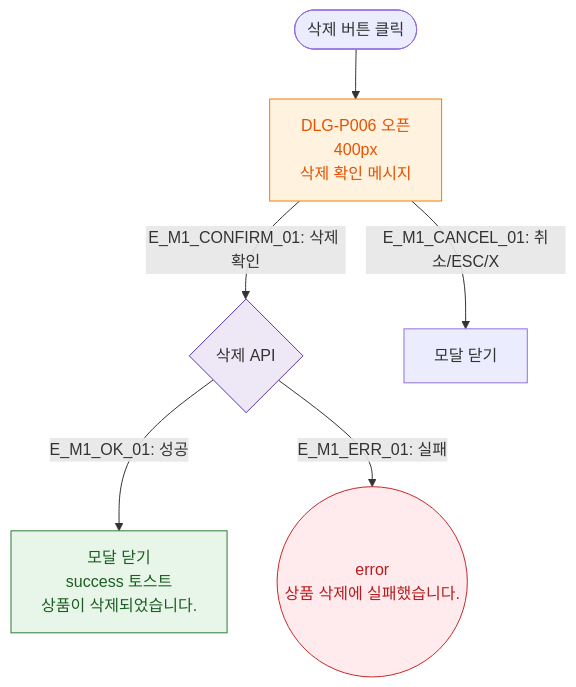
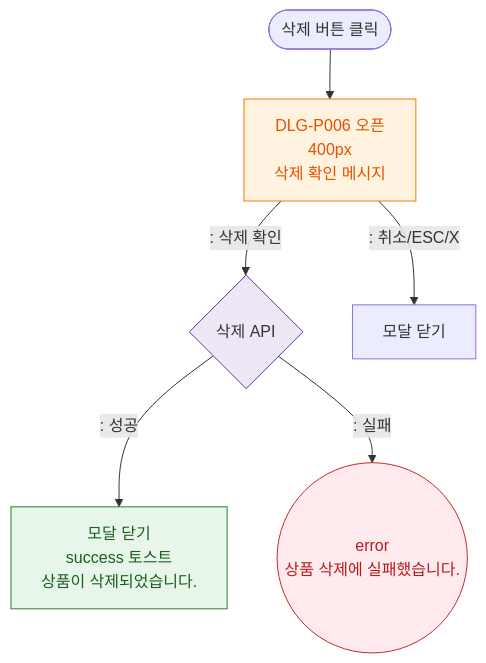
The diagram in docs/다이어그램/D05_상품관리/DLG/DLG-P006_상품삭제확인/M1_모달생명주기.md (dev-spogym/admin-pando), drawn with Mermaid before and after one commit. The commit also changed other lines of this file and 1660 other files, not shown here.

First line of the commit message:
다이어그램: 기획자/클라이언트 납품본으로 정리

````diff
--- a/docs/다이어그램/D05_상품관리/DLG/DLG-P006_상품삭제확인/M1_모달생명주기.md
+++ b/docs/다이어그램/D05_상품관리/DLG/DLG-P006_상품삭제확인/M1_모달생명주기.md
@@ -16,18 +14,18 @@
 ```mermaid
 flowchart TD
     TRIGGER([삭제 버튼 클릭]) --> OpenModal[DLG-P006 오픈\n400px\n삭제 확인 메시지]
-    OpenModal -->|"E_M1_CONFIRM_01: 삭제 확인"| DeleteAPI{삭제 API}
-    OpenModal -->|"E_M1_CANCEL_01: 취소/ESC/X"| Closed[모달 닫기]
+    OpenModal -->|": 삭제 확인"|DeleteAPI{삭제 API}
+    OpenModal -->|": 취소/ESC/X"|Closed[모달 닫기]
 
-    DeleteAPI -->|"E_M1_OK_01: 성공"| CloseSuccess[모달 닫기\nsuccess 토스트\n상품이 삭제되었습니다.]
-    DeleteAPI -->|"E_M1_ERR_01: 실패"| DeleteErr((error\n상품 삭제에 실패했습니다.))
+    DeleteAPI -->|": 성공"|CloseSuccess[모달 닫기\nsuccess 토스트\n상품이 삭제되었습니다.]
+    DeleteAPI -->|": 실패"|DeleteErr((error\n상품 삭제에 실패했습니다.))
 
     classDef modal fill:#FFF3E0,stroke:#F57C00,color:#E65100
     classDef success fill:#E8F5E9,stroke:#2E7D32,color:#1B5E20
     classDef error fill:#FFEBEE,stroke:#C62828,color:#B71C1C
     classDef system fill:#EDE7F6,stroke:#5E35B2
     class OpenModal modal
     class CloseSuccess success
     class DeleteErr error
     class DeleteAPI system
 ```
````
